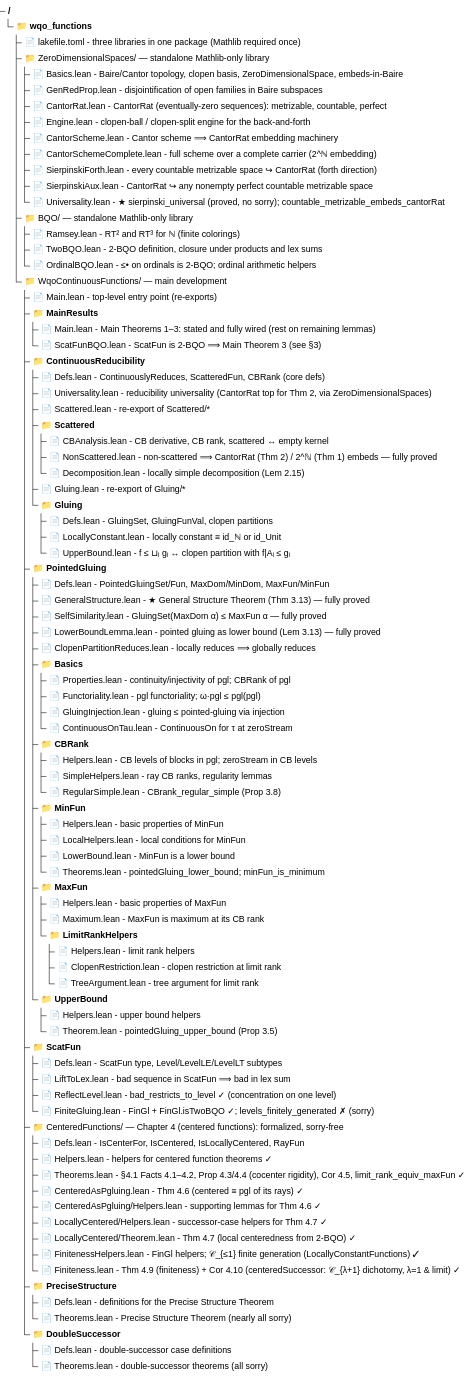
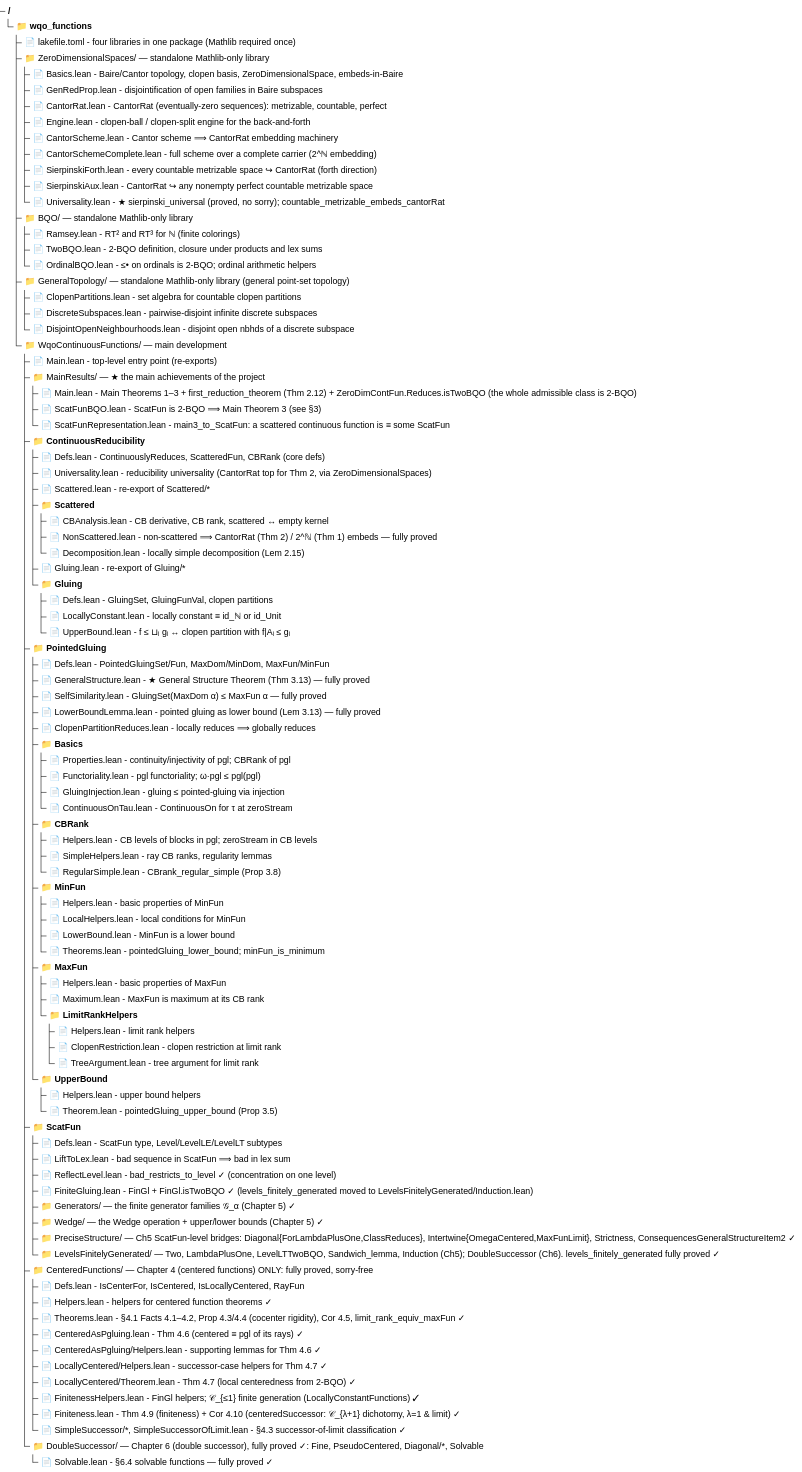
Before and after one commit to yannpequignot/lean-wqo-continuous-functions: the first of 2 diagrams in STRUCTURE.md, drawn with Mermaid. The commit also changed other lines of this file and 99 other files, not shown here.

````diff
--- a/STRUCTURE.md
+++ b/STRUCTURE.md
@@ -12,7 +26,7 @@
 ```mermaid
 treeView-beta
   "📁 wqo_functions/"
-    "📄 lakefile.toml - three libraries in one package (Mathlib required once)"
+    "📄 lakefile.toml - four libraries in one package (Mathlib required once)"
     "📁 ZeroDimensionalSpaces/ — standalone Mathlib-only library"
       "📄 Basics.lean - Baire/Cantor topology, clopen basis, ZeroDimensionalSpace, embeds-in-Baire"
       "📄 GenRedProp.lean - disjointification of open families in Baire subspaces"
@@ -27,11 +41,16 @@
       "📄 Ramsey.lean - RT² and RT³ for ℕ (finite colorings)"
       "📄 TwoBQO.lean - 2-BQO definition, closure under products and lex sums"
       "📄 OrdinalBQO.lean - ≤• on ordinals is 2-BQO; ordinal arithmetic helpers"
+    "📁 GeneralTopology/ — standalone Mathlib-only library (general point-set topology)"
+      "📄 ClopenPartitions.lean - set algebra for countable clopen partitions"
+      "📄 DiscreteSubspaces.lean - pairwise-disjoint infinite discrete subspaces"
+      "📄 DisjointOpenNeighbourhoods.lean - disjoint open nbhds of a discrete subspace"
     "📁 WqoContinuousFunctions/ — main development"
       "📄 Main.lean - top-level entry point (re-exports)"
-      "📁 MainResults/"
-        "📄 Main.lean - Main Theorems 1–3: stated and fully wired (rest on remaining lemmas)"
+      "📁 MainResults/ — ★ the main achievements of the project"
+        "📄 Main.lean - Main Theorems 1–3 + first_reduction_theorem (Thm 2.12) + ZeroDimContFun.Reduces.isTwoBQO (the whole admissible class is 2-BQO)"
         "📄 ScatFunBQO.lean - ScatFun is 2-BQO ⟹ Main Theorem 3 (see §3)"
+        "📄 ScatFunRepresentation.lean - main3_to_ScatFun: a scattered continuous function is ≡ some ScatFun"
       "📁 ContinuousReducibility/"
         "📄 Defs.lean - ContinuouslyReduces, ScatteredFun, CBRank (core defs)"
         "📄 Universality.lean - reducibility universality (CantorRat top for Thm 2, via ZeroDimensionalSpaces)"
@@ -79,8 +98,12 @@
         "📄 Defs.lean - ScatFun type, Level/LevelLE/LevelLT subtypes"
         "📄 LiftToLex.lean - bad sequence in ScatFun ⟹ bad in lex sum"
         "📄 ReflectLevel.lean - bad_restricts_to_level ✓ (concentration on one level)"
-        "📄 FiniteGluing.lean - FinGl + FinGl.isTwoBQO ✓; levels_finitely_generated ✗ (sorry)"
-      "📁 CenteredFunctions/ — Chapter 4 (centered functions): formalized, sorry-free"
+        "📄 FiniteGluing.lean - FinGl + FinGl.isTwoBQO ✓ (levels_finitely_generated moved to LevelsFinitelyGenerated/Induction.lean)"
+        "📁 Generators/ — the finite generator families 𝒢_α (Chapter 5) ✓"
+        "📁 Wedge/ — the Wedge operation + upper/lower bounds (Chapter 5) ✓"
+        "📁 PreciseStructure/ — Ch5 ScatFun-level bridges: Diagonal{ForLambdaPlusOne,ClassReduces}, Intertwine{OmegaCentered,MaxFunLimit}, Strictness, ConsequencesGeneralStructureItem2 ✓"
+        "📁 LevelsFinitelyGenerated/ — Two, LambdaPlusOne, LevelLTTwoBQO, Sandwich_lemma, Induction (Ch5); DoubleSuccessor (Ch6). levels_finitely_generated fully proved ✓"
+      "📁 CenteredFunctions/ — Chapter 4 (centered functions) ONLY: fully proved, sorry-free"
         "📄 Defs.lean - IsCenterFor, IsCentered, IsLocallyCentered, RayFun"
         "📄 Helpers.lean - helpers for centered function theorems ✓"
         "📄 Theorems.lean - §4.1 Facts 4.1–4.2, Prop 4.3/4.4 (cocenter rigidity), Cor 4.5, limit_rank_equiv_maxFun ✓"
@@ -90,10 +113,7 @@
         "📄 LocallyCentered/Theorem.lean - Thm 4.7 (local centeredness from 2-BQO) ✓"
         "📄 FinitenessHelpers.lean - FinGl helpers; 𝒞_{≤1} finite generation (LocallyConstantFunctions) ✓"
         "📄 Finiteness.lean - Thm 4.9 (finiteness) + Cor 4.10 (centeredSuccessor: 𝒞_{λ+1} dichotomy, λ=1 & limit) ✓"
-      "📁 PreciseStructure/"
-        "📄 Defs.lean - definitions for the Precise Structure Theorem"
-        "📄 Theorems.lean - Precise Structure Theorem (nearly all sorry)"
-      "📁 DoubleSuccessor/"
-        "📄 Defs.lean - double-successor case definitions"
-        "📄 Theorems.lean - double-successor theorems (all sorry)"
+        "📄 SimpleSuccessor/*, SimpleSuccessorOfLimit.lean - §4.3 successor-of-limit classification ✓"
+      "📁 DoubleSuccessor/ — Chapter 6 (double successor), fully proved ✓: Fine, PseudoCentered, Diagonal/*, Solvable"
+        "📄 Solvable.lean - §6.4 solvable functions — fully proved ✓"
 ```
````
